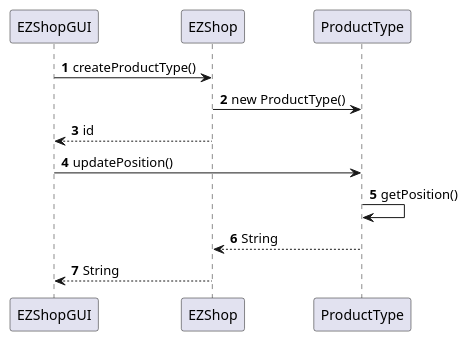
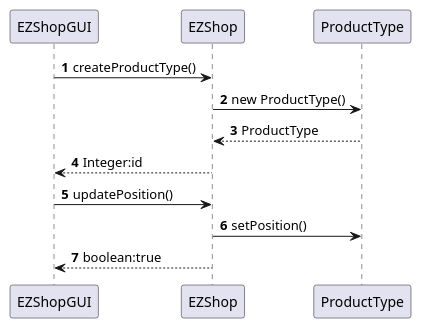
Before and after one commit to mkexc/ezshop: the third of 22 diagrams in Deliverables/DesignDocument.md, drawn with PlantUML. The commit also changed other lines of this file and 3 other files, not shown here.

````diff
--- a/Deliverables/DesignDocument.md
+++ b/Deliverables/DesignDocument.md
@@ -232,13 +234,12 @@
 ```plantuml
 @startuml
 autonumber
 EZShopGUI -> EZShop : createProductType()
 EZShop -> ProductType : new ProductType()
-EZShopGUI <-- EZShop : id
-EZShopGUI -> ProductType : updatePosition()
-ProductType -> ProductType : getPosition()
-EZShop <-- ProductType : String
-EZShopGUI <-- EZShop : String
-
+ProductType --> EZShop : ProductType
+EZShopGUI <-- EZShop : Integer:id
+EZShopGUI -> EZShop : updatePosition()
+EZShop -> ProductType : setPosition()
+EZShopGUI <-- EZShop : boolean:true
 @enduml
 ```
````
